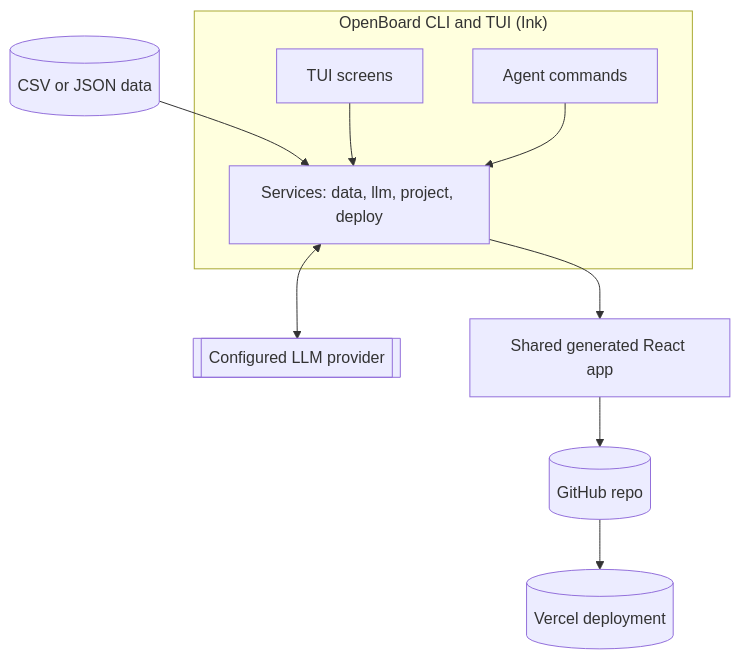
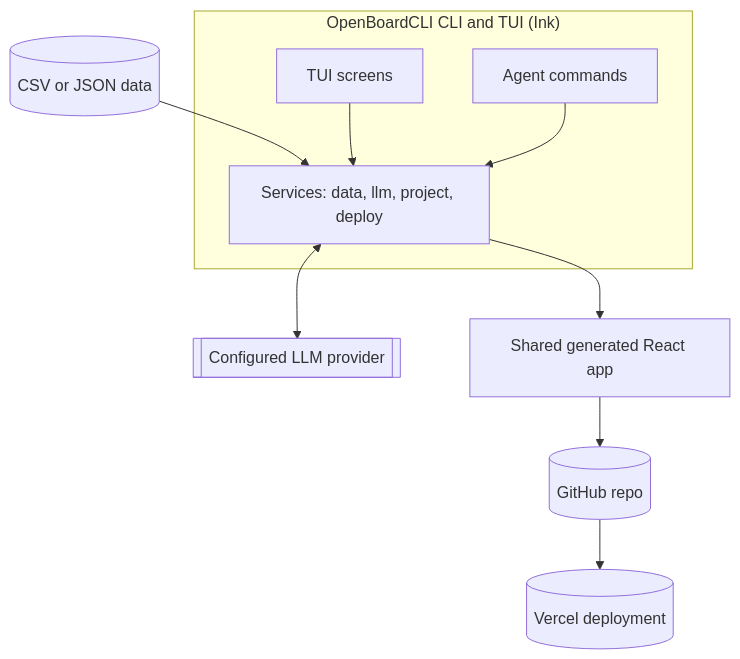
One commit to syedateebulislam/openboard changed the diagram in docs/architecture.mmd. Above: the diagram before and after it, drawn with Mermaid. The commit also changed 110 other files, not shown here.

```diff
--- a/docs/architecture.mmd
+++ b/docs/architecture.mmd
@@ -1,17 +1,17 @@
 flowchart TB
-    subgraph OB["OpenBoard CLI and TUI (Ink)"]
+    subgraph OB["OpenBoardCLI CLI and TUI (Ink)"]
         T[TUI screens]
         AG[Agent commands]
         S[Services: data, llm, project, deploy]
     end
     D[(CSV or JSON data)]
     L[[Configured LLM provider]]
     APP[Shared generated React app]
     GH[(GitHub repo)]
     V[(Vercel deployment)]
     D --> S
     T --> S
     AG --> S
     S <--> L
     S --> APP
     APP --> GH --> V
```
